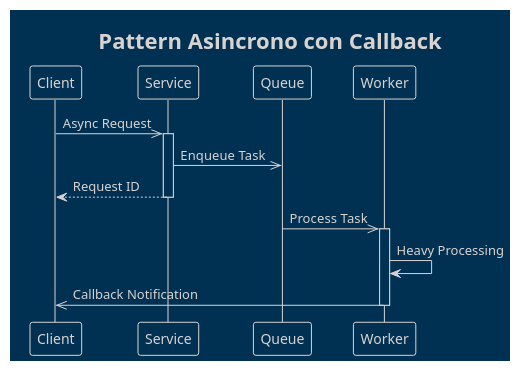
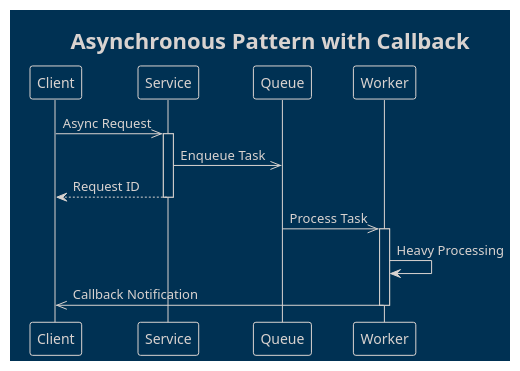
One commit to Seniorsimo/sas-template changed diagram 13 of 32 in 03-behavioral-diagrams/sequence-diagrams/README.md. Above: the diagram before and after it, drawn with PlantUML. The commit also changed other lines of this file and 49 other files, not shown here.

````diff
--- a/03-behavioral-diagrams/sequence-diagrams/README.md
+++ b/03-behavioral-diagrams/sequence-diagrams/README.md
@@ -177,23 +177,23 @@
 ```plantuml
 @startuml
 !theme blueprint
-title Pattern Asincrono con Callback
+title Asynchronous Pattern with Callback
 
 participant "Client" as C
 participant "Service" as S
 participant "Queue" as Q
 participant "Worker" as W
 
 C ->> S: Async Request
 activate S
 S ->> Q: Enqueue Task
 S --> C: Request ID
 deactivate S
 
 Q ->> W: Process Task
 activate W
 W -> W: Heavy Processing
 W ->> C: Callback Notification
 deactivate W
 @enduml
 ```
````
